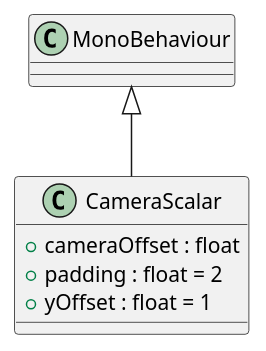
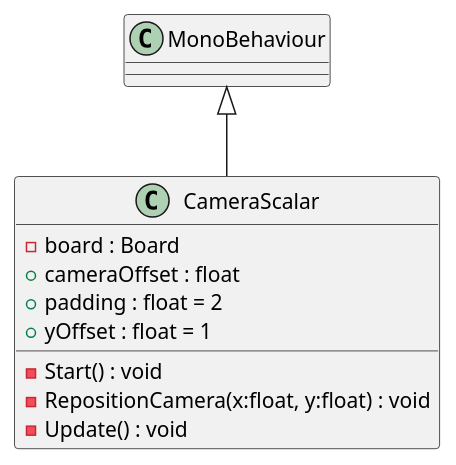
The diagram in PlantUML/CameraScalar.puml (stackTsi/CandyCrushClone), drawn with PlantUML before and after one commit. The commit also changed 15 other files, not shown here.

Commit message:
Update PlantUML

```diff
--- a/PlantUML/CameraScalar.puml
+++ b/PlantUML/CameraScalar.puml
@@ -1,8 +1,12 @@
 @startuml
 class CameraScalar {
+    - board : Board
     + cameraOffset : float
     + padding : float = 2
     + yOffset : float = 1
+    - Start() : void
+    - RepositionCamera(x:float, y:float) : void
+    - Update() : void
 }
 MonoBehaviour <|-- CameraScalar
 @enduml
```
